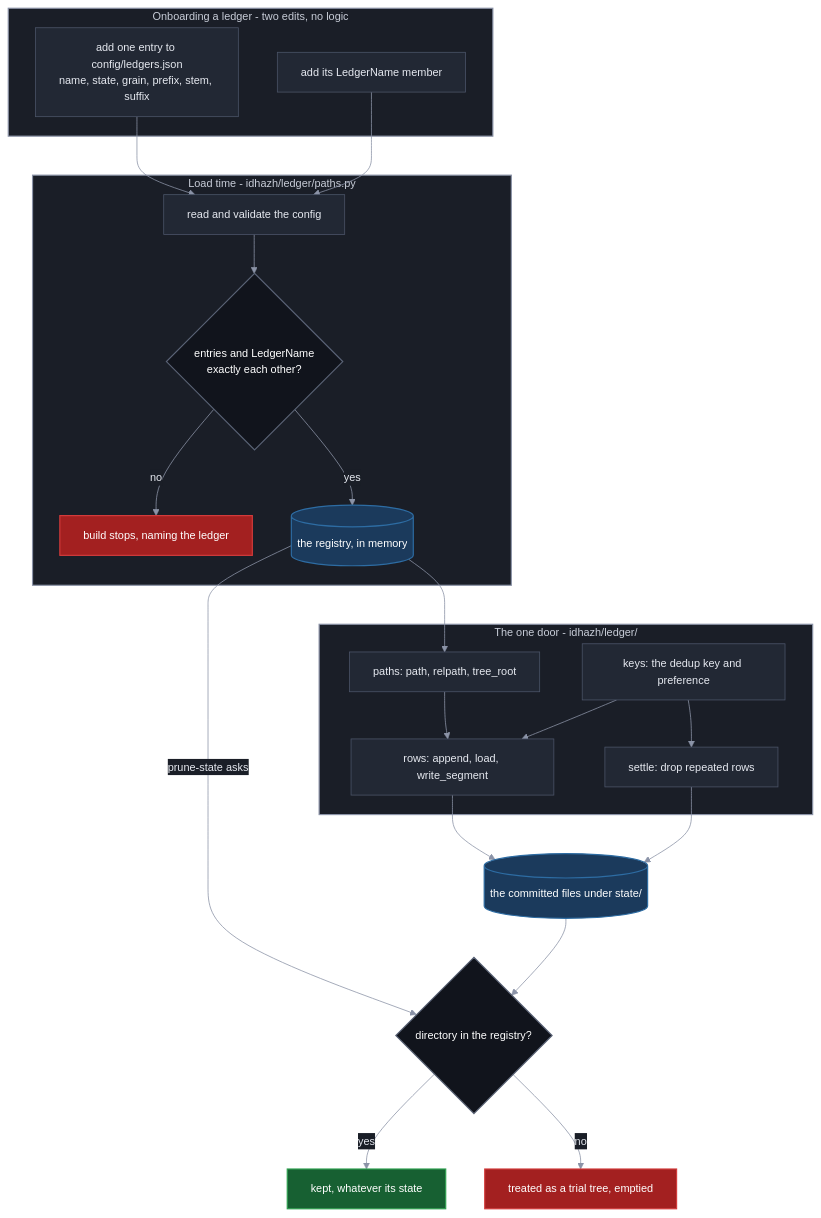
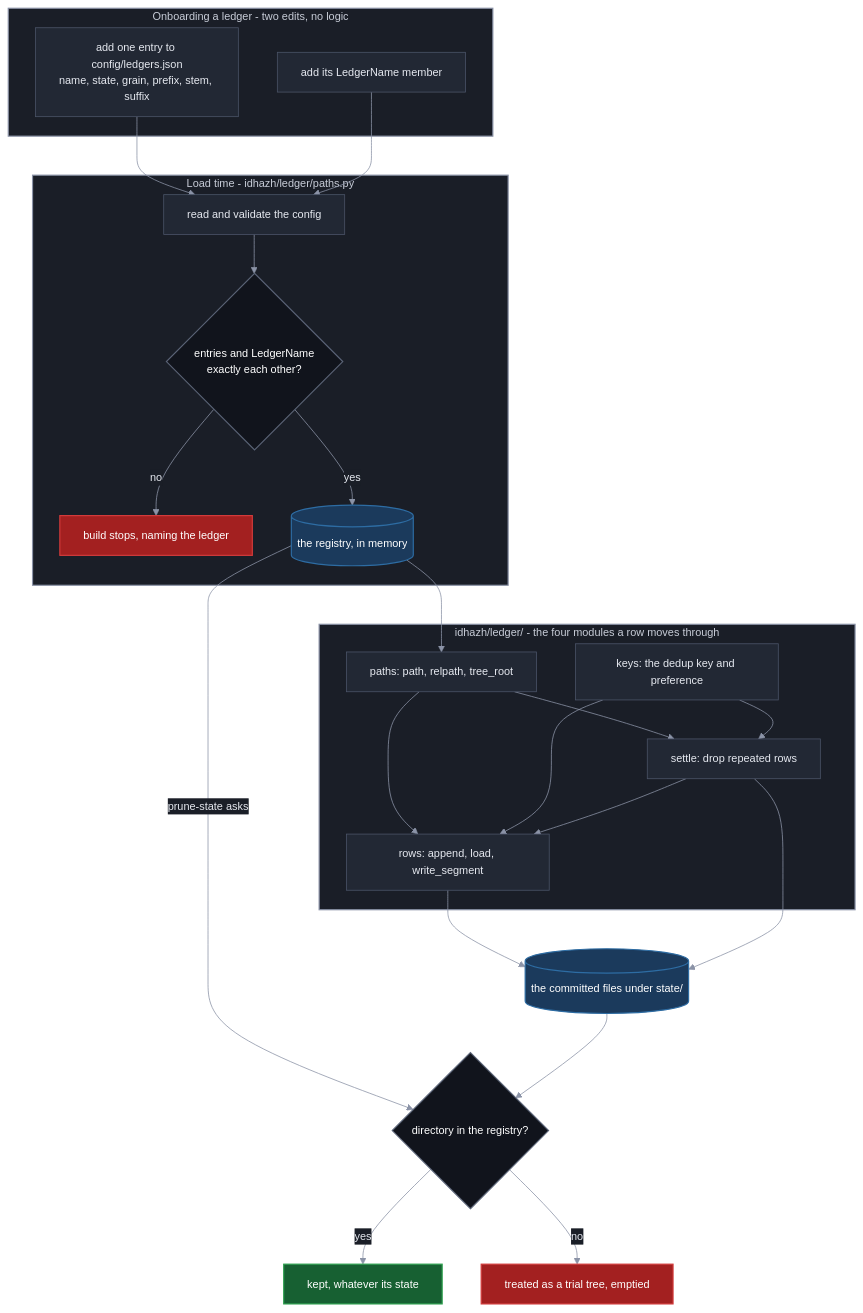
One commit to miztiik/yen-idhazh changed the diagram in docs/architecture/contracts/state-ledgers.md. Above: the diagram before and after it, drawn with Mermaid. The commit also changed other lines of this file and 5 other files, not shown here.

````diff
--- a/docs/architecture/contracts/state-ledgers.md
+++ b/docs/architecture/contracts/state-ledgers.md
@@ -120,57 +120,59 @@
 ```mermaid
 %%{init: {"theme": "base", "themeVariables": {"background": "#0f1117", "primaryColor": "#222834", "primaryTextColor": "#e6e9f0", "primaryBorderColor": "#4b5468", "lineColor": "#8b93a7", "textColor": "#e6e9f0", "clusterBkg": "#1a1e27", "clusterBorder": "#3a4254", "titleColor": "#e6e9f0", "edgeLabelBackground": "#1a1e27", "fontSize": "14px"}}}%%
 flowchart TB
   subgraph ONBOARD["Onboarding a ledger - two edits, no logic"]
     ENTRY["add one entry to config/ledgers.json<br/>name, state, grain, prefix, stem, suffix"]
     MEMBER["add its LedgerName member"]
   end
 
   subgraph LOAD["Load time - idhazh/ledger/paths.py"]
     READ["read and validate the config"]
     BIJ{"entries and LedgerName<br/>exactly each other?"}
     REFUSE["build stops, naming the ledger"]
     REG[("the registry, in memory")]
   end
 
-  subgraph DOOR["The one door - idhazh/ledger/"]
+  subgraph DOOR["idhazh/ledger/ - the four modules a row moves through"]
     PATHS["paths: path, relpath, tree_root"]
     KEYS["keys: the dedup key and preference"]
     ROWS["rows: append, load, write_segment"]
     SETTLE["settle: drop repeated rows"]
   end
 
   TREE[("the committed files under state/")]
   PRUNE{"directory in the registry?"}
   KEEP["kept, whatever its state"]
   EMPTY["treated as a trial tree, emptied"]
 
   ENTRY --> READ
   MEMBER --> READ
   READ --> BIJ
   BIJ -->|"no"| REFUSE
   BIJ -->|"yes"| REG
   REG --> PATHS
   PATHS --> ROWS
+  PATHS --> SETTLE
   KEYS --> ROWS
   KEYS --> SETTLE
+  SETTLE --> ROWS
   ROWS --> TREE
   SETTLE --> TREE
   REG -->|"prune-state asks"| PRUNE
   PRUNE -->|"yes"| KEEP
   PRUNE -->|"no"| EMPTY
   TREE --> PRUNE
 
   classDef stage fill:#222834,stroke:#4b5468,stroke-width:1px,color:#e6e9f0;
   classDef decision fill:#11141c,stroke:#5b6477,stroke-width:1.5px,color:#ffffff;
   classDef yes fill:#176032,stroke:#2ea04f,stroke-width:1.5px,color:#ffffff;
   classDef no fill:#a32020,stroke:#d23b3b,stroke-width:1.5px,color:#ffffff;
   classDef ledger fill:#1b3a5c,stroke:#2d6ca3,stroke-width:1.5px,color:#ffffff;
-  classDef sys fill:#1a1e27,stroke:#8b93a7,stroke-width:1.5px,color:#c8cdd8;
+  classDef sysOps fill:#1a1e27,stroke:#8b93a7,stroke-width:1.5px,color:#c8cdd8;
 
   class ENTRY,MEMBER,READ,PATHS,KEYS,ROWS,SETTLE stage;
   class BIJ,PRUNE decision;
   class KEEP yes;
   class REFUSE,EMPTY no;
   class REG,TREE ledger;
-  class ONBOARD,LOAD,DOOR sys;
+  class ONBOARD,LOAD,DOOR sysOps;
 ```
````
